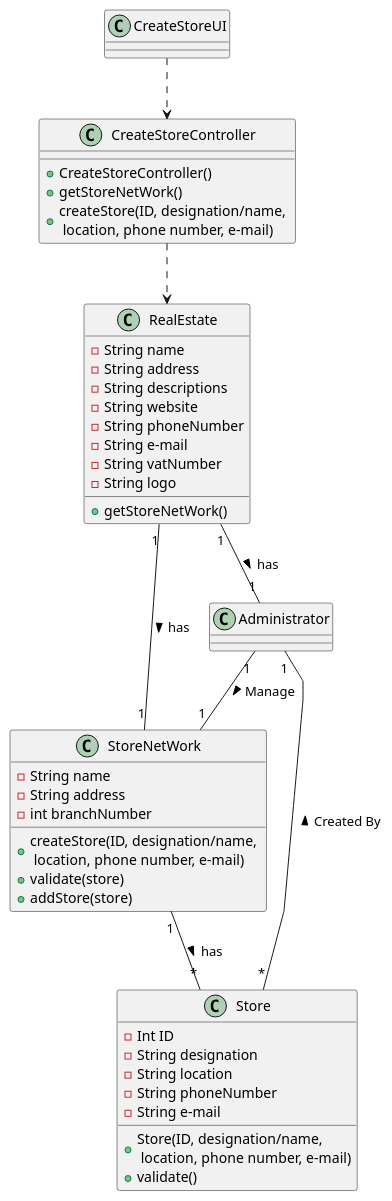
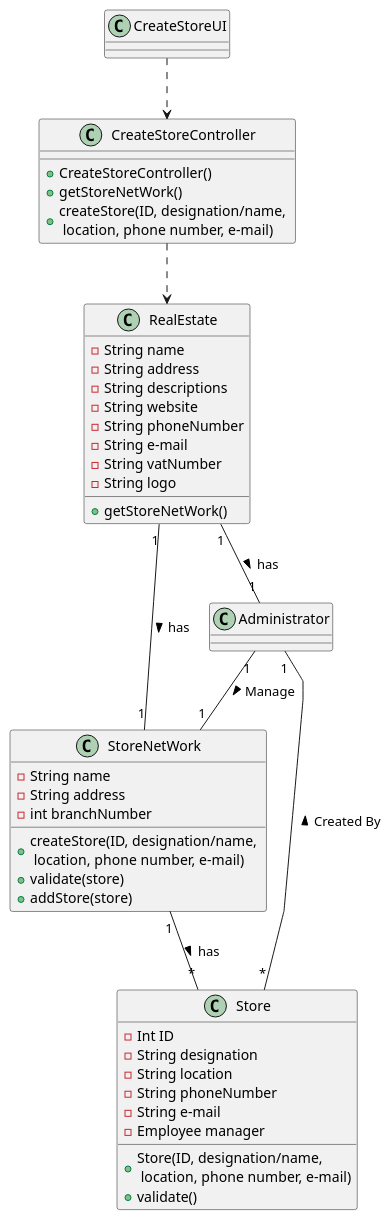
Before and after one commit to hugosilva2901/lei-22-s2-1DO-g68: the diagram in lei-22-s2-1do-g68/docs/sprintA/us005/03.design/puml/us005-ClassDiagram.puml, drawn with PlantUML. The commit also changed 2 other files, not shown here.

```diff
--- a/lei-22-s2-1do-g68/docs/sprintA/us005/03.design/puml/us005-ClassDiagram.puml
+++ b/lei-22-s2-1do-g68/docs/sprintA/us005/03.design/puml/us005-ClassDiagram.puml
@@ -1,76 +1,77 @@
 @startuml
 'skinparam monochrome true
 skinparam packageStyle rectangle
 skinparam shadowing false
 skinparam linetype polyline
 'skinparam linetype orto
 
 
 
 
 
 class CreateStoreUI{
 }
 class CreateStoreController{
     + CreateStoreController()
     + getStoreNetWork()
     + createStore(ID, designation/name, \n location, phone number, e-mail)
 
 }
 'left to right direction
 
 
 
 
 class RealEstate{
     + getStoreNetWork()
     - String name
     - String address
     - String descriptions
     - String website
     - String phoneNumber
     - String e-mail
     - String vatNumber
     - String logo
 
 }
 class StoreNetWork{
     + createStore(ID, designation/name, \n location, phone number, e-mail)
     + validate(store)
     + addStore(store)
     - String name
     - String address
     - int branchNumber
 }
 class Administrator{
 }
 class Store{
     + Store(ID, designation/name, \n location, phone number, e-mail)
     + validate()
     - Int ID
     - String designation
     - String location
     - String phoneNumber
     - String e-mail
+    - Employee manager
 
 }
 
 
 
 CreateStoreController ..> RealEstate
 
 RealEstate "1"--"1" Administrator : has >
 RealEstate "1"--"1" StoreNetWork : has >
 
 
 
 
 StoreNetWork "1"--"*" Store : has >
 Administrator "1"--"*" Store : Created By <
 Administrator "1"--"1" StoreNetWork : Manage >
 CreateStoreUI ..> CreateStoreController
 
 
 
 
 @enduml
```
